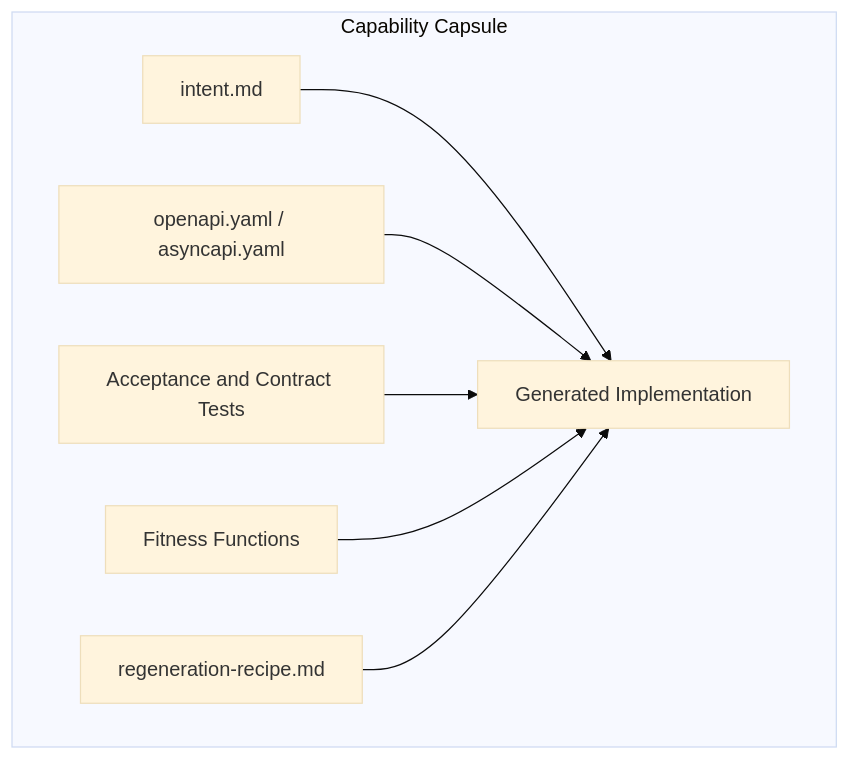
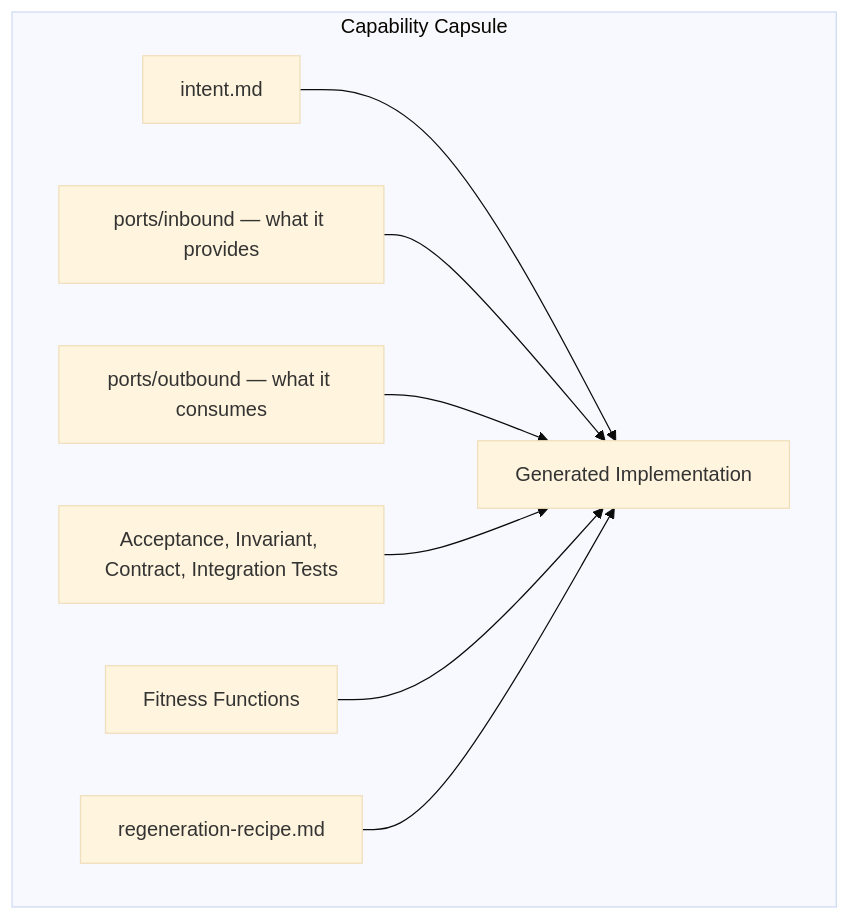
One commit to MilanStarcevic/regenerable-architecture changed the third of 5 diagrams in README.md. Above: the diagram before and after it, drawn with Mermaid (base theme). The commit also changed other lines of this file and 29 other files, not shown here.

````diff
--- a/README.md
+++ b/README.md
@@ -116,17 +119,19 @@
 ```mermaid
 flowchart TB
     subgraph Capsule["Capability Capsule"]
         Intent[intent.md]
-        Contract[openapi.yaml / asyncapi.yaml]
-        Tests[Acceptance and Contract Tests]
+        InboundPort[ports/inbound — what it provides]
+        OutboundPort[ports/outbound — what it consumes]
+        Tests[Acceptance, Invariant, Contract, Integration Tests]
         Fitness[Fitness Functions]
         Recipe[regeneration-recipe.md]
         Implementation[Generated Implementation]
     end
 
     Intent --> Implementation
-    Contract --> Implementation
+    InboundPort --> Implementation
+    OutboundPort --> Implementation
     Tests --> Implementation
     Fitness --> Implementation
     Recipe --> Implementation
 ```
````
